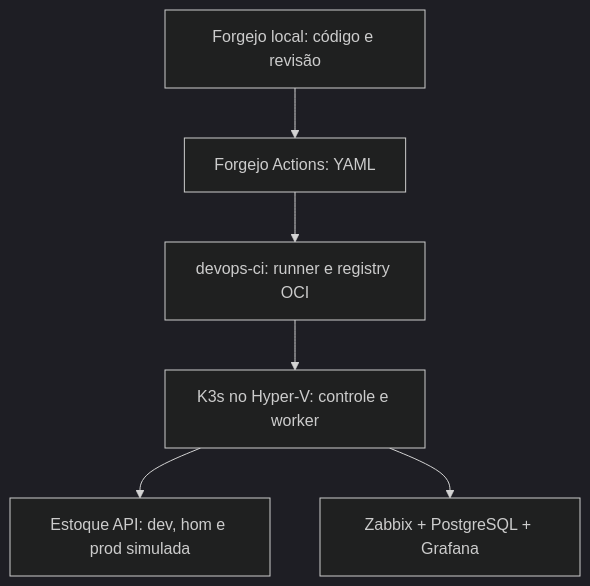
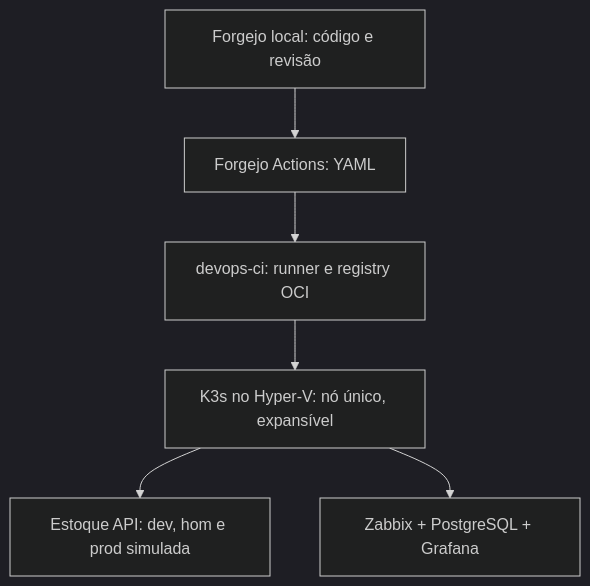
The diagram in docs/stock-saas-hyperv/README.md (Glaucojr17/devops-platform-lab), drawn with Mermaid (dark theme) before and after one commit. The commit also changed other lines of this file, not shown here.

Commit message:
docs: redimensiona fase inicial para 10 GiB no Hyper-V

````diff
--- a/docs/stock-saas-hyperv/README.md
+++ b/docs/stock-saas-hyperv/README.md
@@ -11,8 +11,8 @@
 ```mermaid
 flowchart TD
     A["Forgejo local: código e revisão"] --> B["Forgejo Actions: YAML"]
     B --> C["devops-ci: runner e registry OCI"]
-    C --> D["K3s no Hyper-V: controle e worker"]
+    C --> D["K3s no Hyper-V: nó único, expansível"]
     D --> E["Estoque API: dev, hom e prod simulada"]
     D --> F["Zabbix + PostgreSQL + Grafana"]
 ```
````
